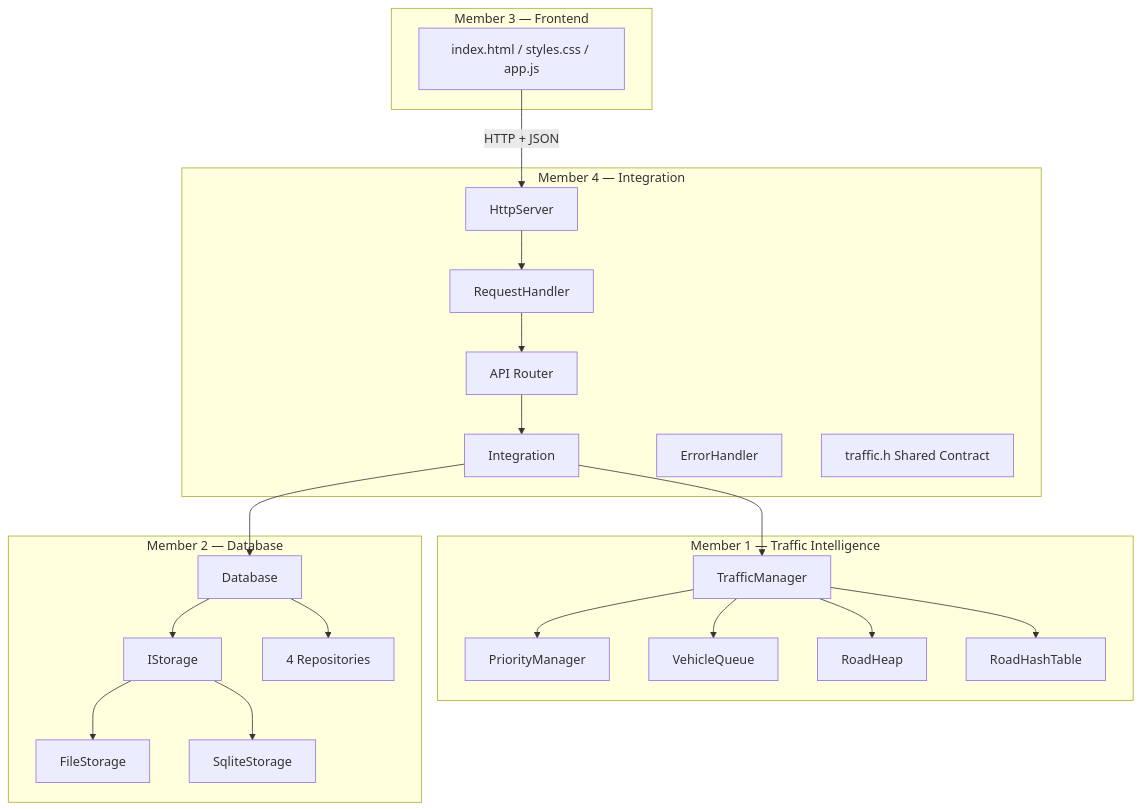
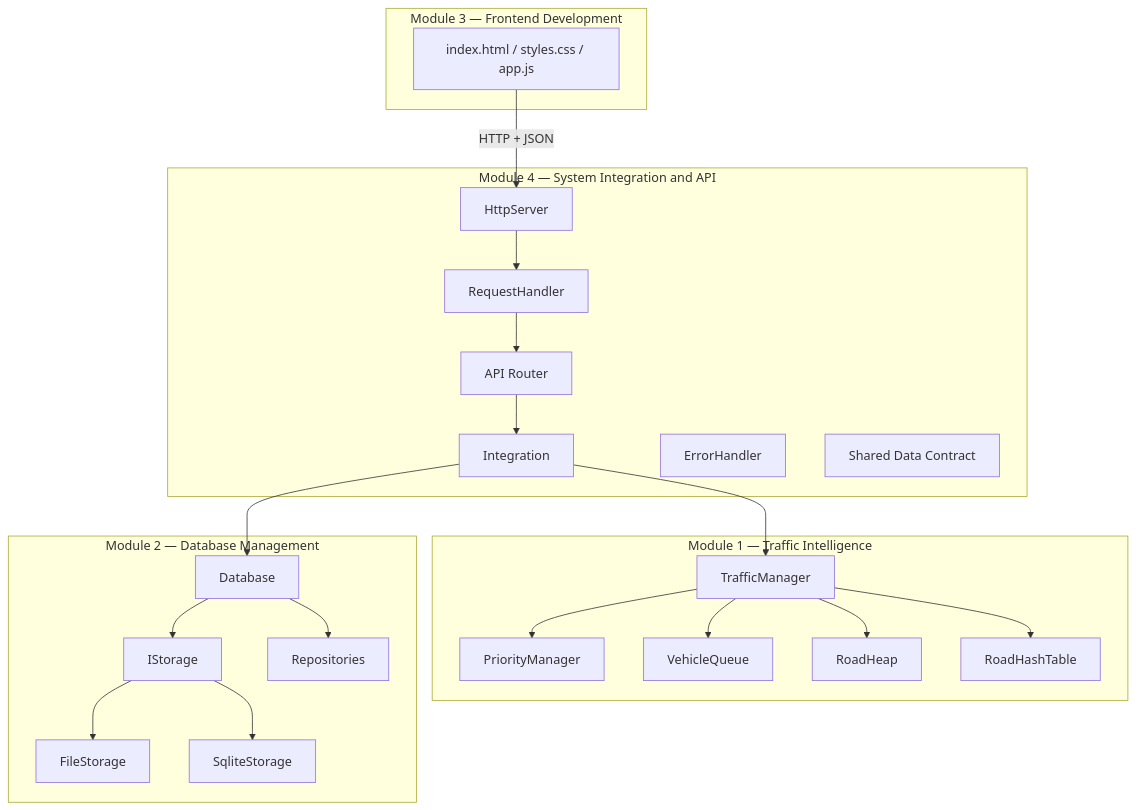
Before and after one commit to palakbisht12/adaptive-traffic-managment-system: the second of 2 diagrams in README.md, drawn with Mermaid. The commit also changed other lines of this file, not shown here.

````diff
--- a/README.md
+++ b/README.md
@@ -160,32 +167,32 @@
 ```mermaid
 flowchart TB
-    subgraph M3["Member 3 — Frontend"]
+    subgraph M3["Module 3 — Frontend Development"]
         UI[index.html / styles.css / app.js]
     end
 
-    subgraph M4["Member 4 — Integration"]
+    subgraph M4["Module 4 — System Integration and API"]
         HS[HttpServer] --> RH[RequestHandler]
         RH --> AP[API Router]
         AP --> IN[Integration]
         EH[ErrorHandler]
-        SC[traffic.h Shared Contract]
+        SC[Shared Data Contract]
     end
 
-    subgraph M1["Member 1 — Traffic Intelligence"]
+    subgraph M1["Module 1 — Traffic Intelligence"]
         TM[TrafficManager] --> PM[PriorityManager]
         TM --> Q[VehicleQueue]
         TM --> HP[RoadHeap]
         TM --> HT[RoadHashTable]
     end
 
-    subgraph M2["Member 2 — Database"]
+    subgraph M2["Module 2 — Database Management"]
         DB[Database] --> IS[IStorage]
         IS --> FS[FileStorage]
         IS --> SQ[SqliteStorage]
-        DB --> RR[4 Repositories]
+        DB --> RR[Repositories]
     end
 
     UI -->|HTTP + JSON| HS
     IN --> TM
     IN --> DB
 ```
````
